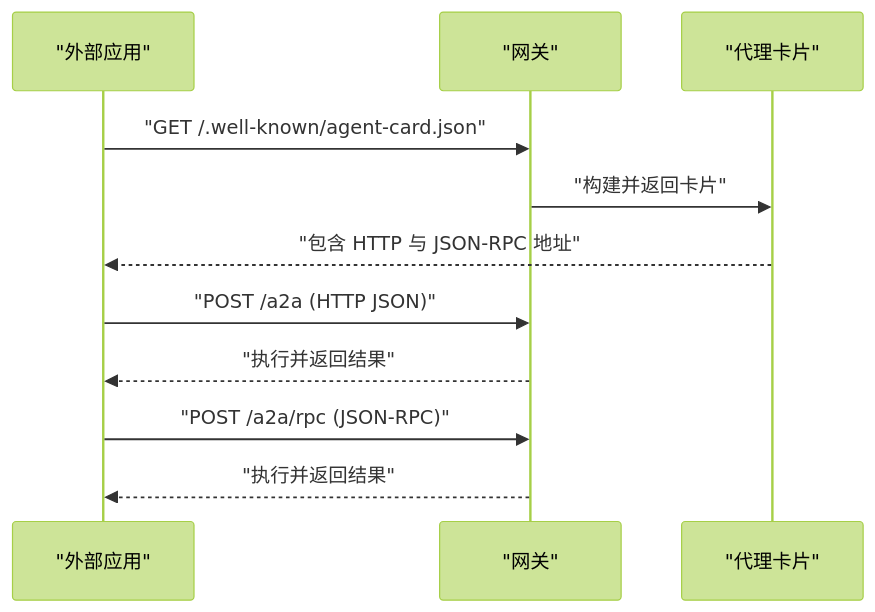
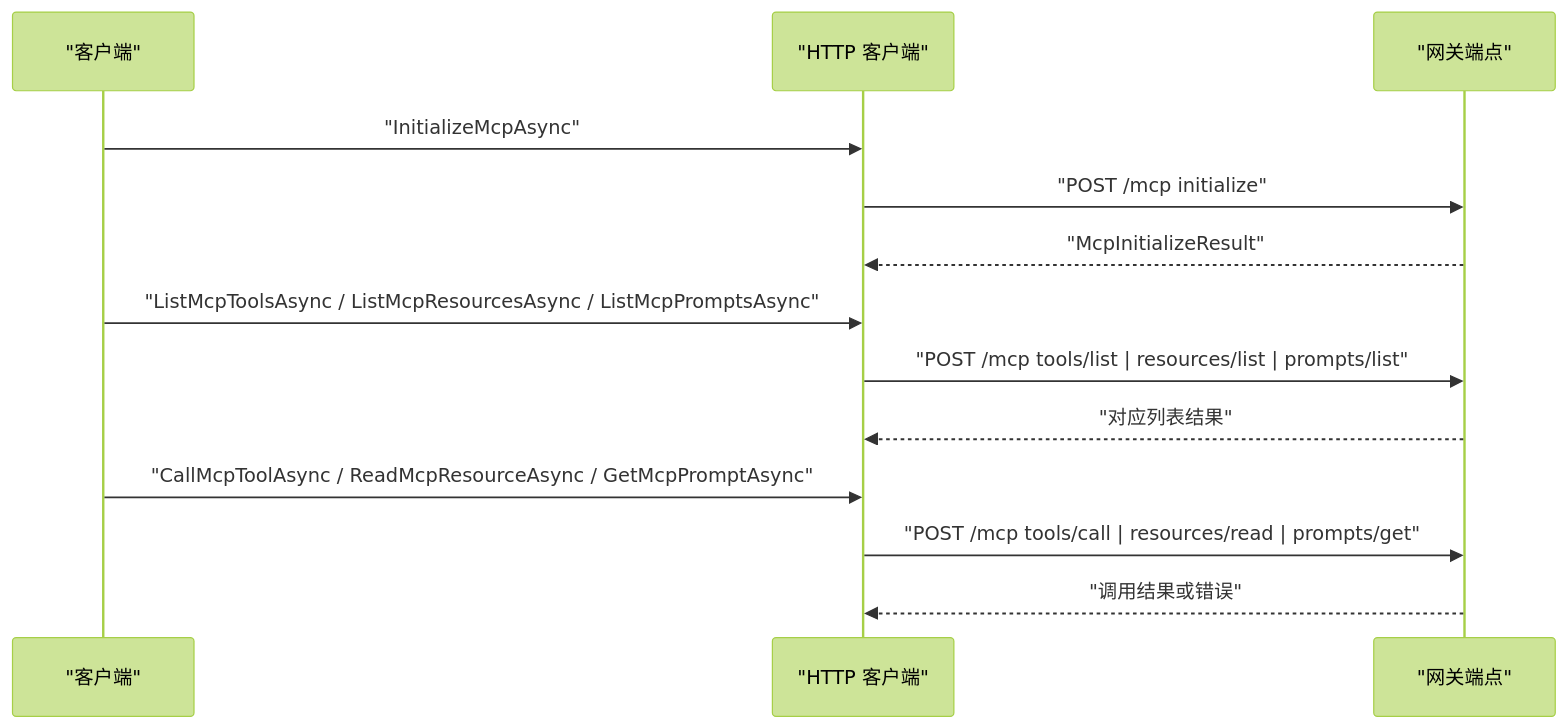
The fourth of 6 diagrams in .qoder/repowiki/zh/content/API 参考/API 参考.md (wayyet/kingcrab), drawn with Mermaid (forest theme) before and after one commit. The commit also changed other lines of this file and 431 other files, not shown here.

````diff
--- a/.qoder/repowiki/zh/content/API 参考/API 参考.md
+++ b/.qoder/repowiki/zh/content/API 参考/API 参考.md
@@ -216,13 +215,15 @@
 ```mermaid
 sequenceDiagram
-participant Peer as "外部应用"
-participant GW as "网关"
-participant Card as "代理卡片"
-Peer->>GW : "GET /.well-known/agent-card.json"
-GW->>Card : "构建并返回卡片"
-Card-->>Peer : "包含 HTTP 与 JSON-RPC 地址"
-Peer->>GW : "POST /a2a (HTTP JSON)"
-GW-->>Peer : "执行并返回结果"
-Peer->>GW : "POST /a2a/rpc (JSON-RPC)"
-GW-->>Peer : "执行并返回结果"
+participant Client as "客户端"
+participant HC as "HTTP 客户端"
+participant GW as "网关端点"
+Client->>HC : "InitializeMcpAsync"
+HC->>GW : "POST /mcp initialize"
+GW-->>HC : "McpInitializeResult"
+Client->>HC : "ListMcpToolsAsync / ListMcpResourcesAsync / ListMcpPromptsAsync"
+HC->>GW : "POST /mcp tools/list | resources/list | prompts/list"
+GW-->>HC : "对应列表结果"
+Client->>HC : "CallMcpToolAsync / ReadMcpResourceAsync / GetMcpPromptAsync"
+HC->>GW : "POST /mcp tools/call | resources/read | prompts/get"
+GW-->>HC : "调用结果或错误"
 ```
````
